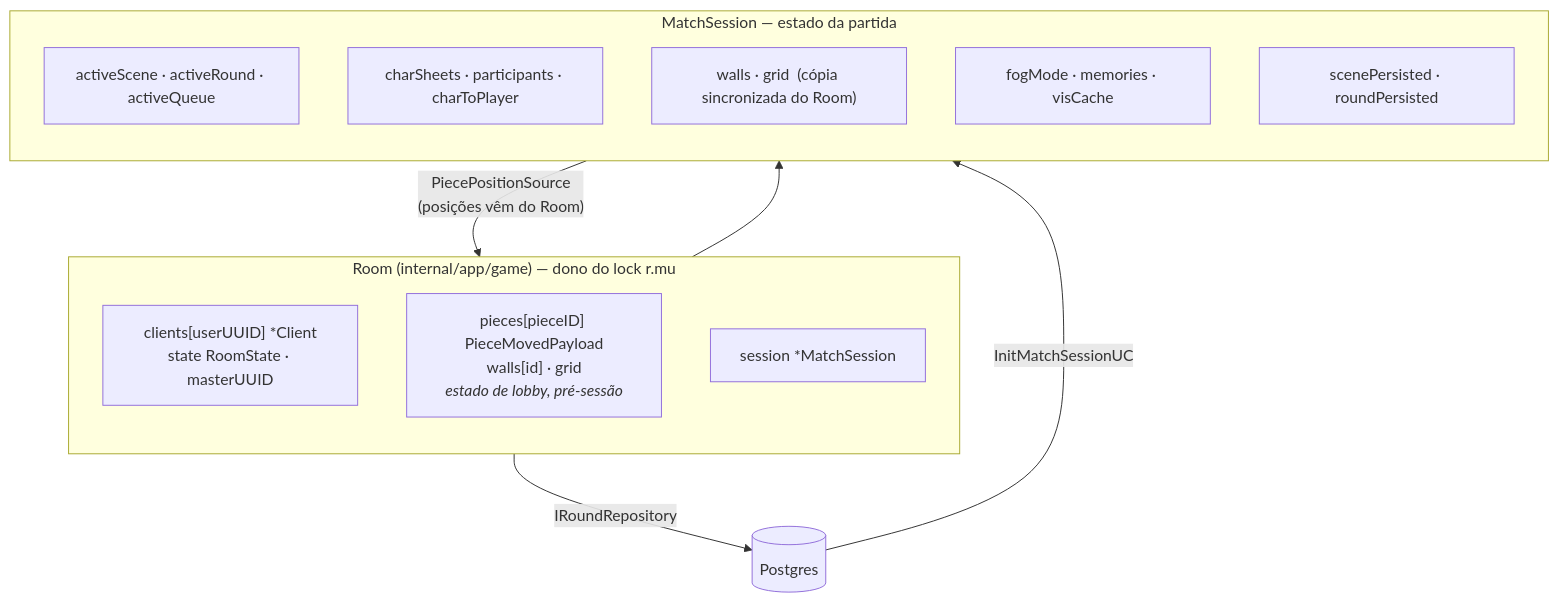
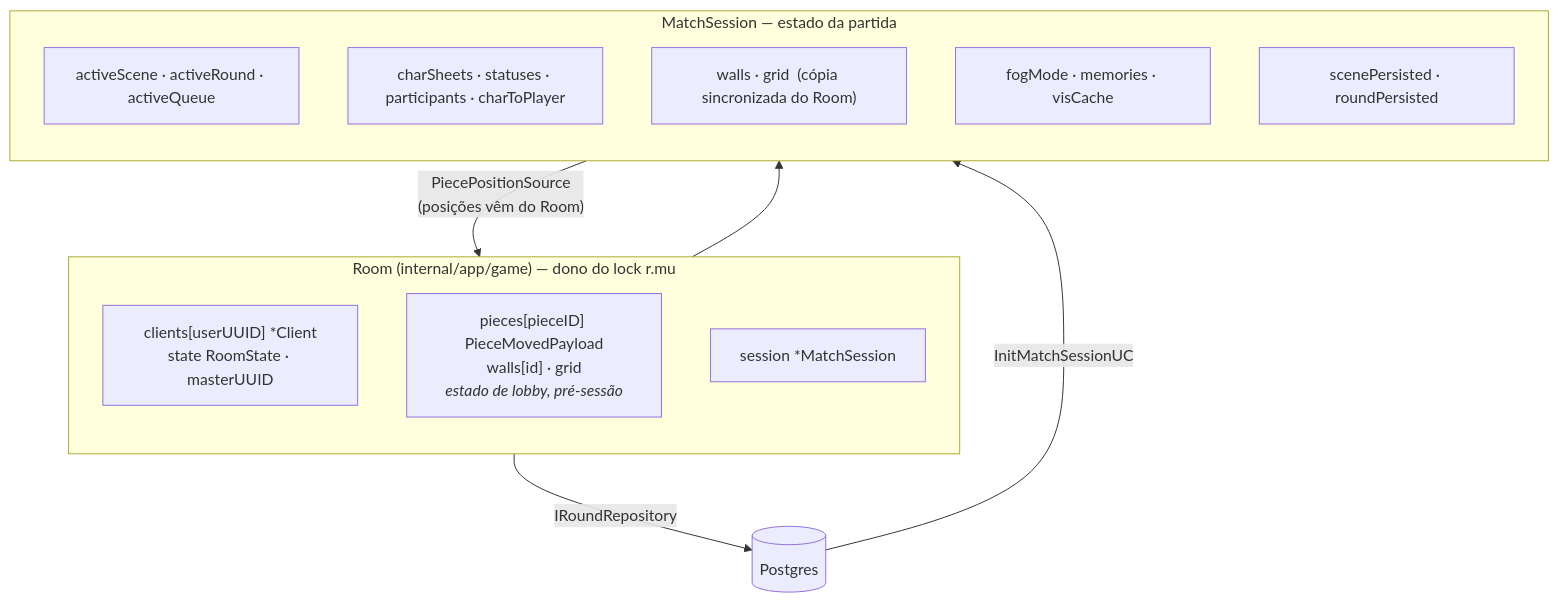
Before and after one commit to 422UR4H/HxH_RPG_System: the first of 2 diagrams in docs/dev/match/flows/04-estado-e-persistencia.md, drawn with Mermaid. The commit also changed 8 other files, not shown here.

````diff
--- a/docs/dev/match/flows/04-estado-e-persistencia.md
+++ b/docs/dev/match/flows/04-estado-e-persistencia.md
@@ -5,25 +5,25 @@
 ```mermaid
 flowchart TB
     subgraph room["Room (internal/app/game) — dono do lock r.mu"]
         direction TB
         rc["clients[userUUID] *Client<br/>state RoomState · masterUUID"]
         rp["pieces[pieceID] PieceMovedPayload<br/>walls[id] · grid<br/><i>estado de lobby, pré-sessão</i>"]
         rs["session *MatchSession"]
     end
 
     subgraph sess["MatchSession — estado da partida"]
         direction TB
         s1["activeScene · activeRound · activeQueue"]
-        s2["charSheets · participants · charToPlayer"]
+        s2["charSheets · statuses · participants · charToPlayer"]
         s3["walls · grid  (cópia sincronizada do Room)"]
         s4["fogMode · memories · visCache"]
         s5["scenePersisted · roundPersisted"]
     end
 
     DB[("Postgres")]
 
     rs --> sess
     sess -->|"PiecePositionSource<br/>(posições vêm do Room)"| rp
     room -->|IRoundRepository| DB
     DB -->|InitMatchSessionUC| sess
 ```
````
